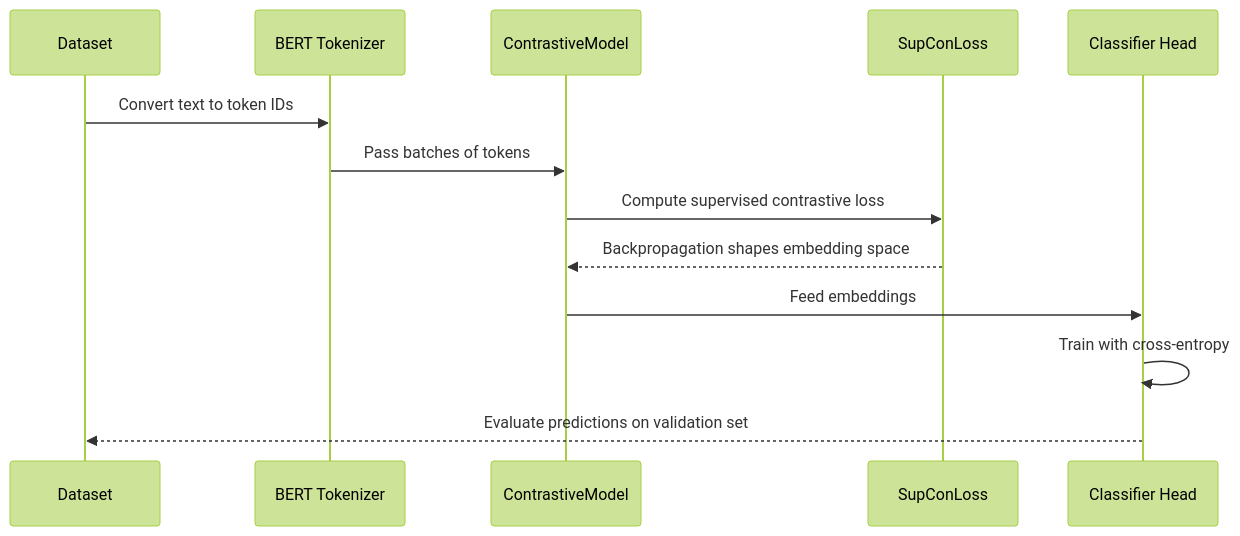
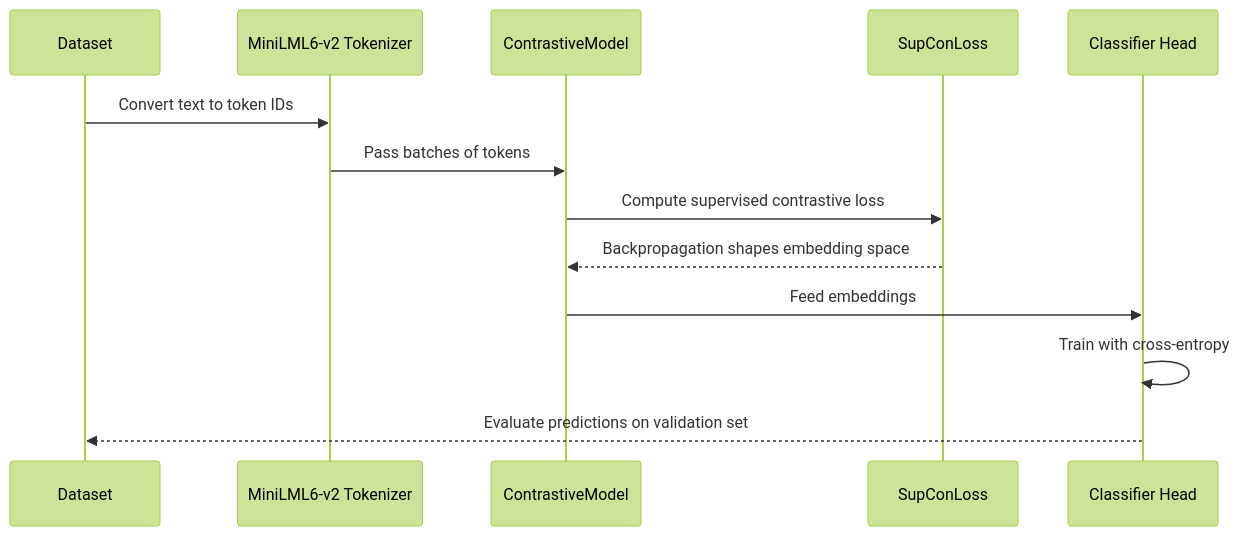
Before and after one commit to intersafety/tahoe: the fourth of 4 diagrams in README.md, drawn with Mermaid (forest theme). The commit also changed other lines of this file, not shown here.

````diff
--- a/README.md
+++ b/README.md
@@ -213,16 +213,16 @@
 ```mermaid
 sequenceDiagram
     participant CSV as Dataset
-    participant Tokenizer as BERT Tokenizer
+    participant Tokenizer as MiniLML6-v2 Tokenizer
     participant Encoder as ContrastiveModel
     participant Loss as SupConLoss
     participant Classifier as Classifier Head
 
     CSV->>Tokenizer: Convert text to token IDs
     Tokenizer->>Encoder: Pass batches of tokens
     Encoder->>Loss: Compute supervised contrastive loss
     Loss-->>Encoder: Backpropagation shapes embedding space
     Encoder->>Classifier: Feed embeddings
     Classifier->>Classifier: Train with cross-entropy
     Classifier-->>CSV: Evaluate predictions on validation set
 ```
````
